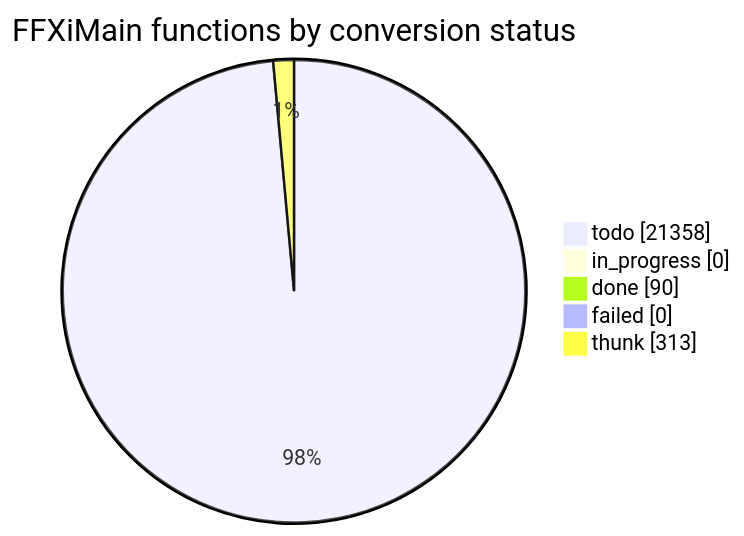
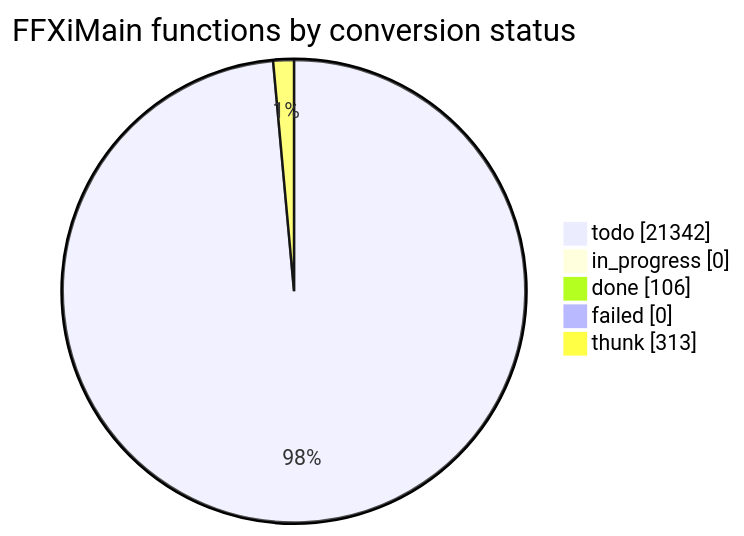
One commit to cowrevenge/cow_kuluu_xi_anything changed the diagram in docs/cow/STATUS.md. Above: the diagram before and after it, drawn with Mermaid. The commit also changed other lines of this file and 23 other files, not shown here.

````diff
--- a/docs/cow/STATUS.md
+++ b/docs/cow/STATUS.md
@@ -18,9 +18,9 @@
 ```mermaid
 pie showData
     title FFXiMain functions by conversion status
-    "todo" : 21358
+    "todo" : 21342
     "in_progress" : 0
-    "done" : 90
+    "done" : 106
     "failed" : 0
     "thunk" : 313
 ```
````
